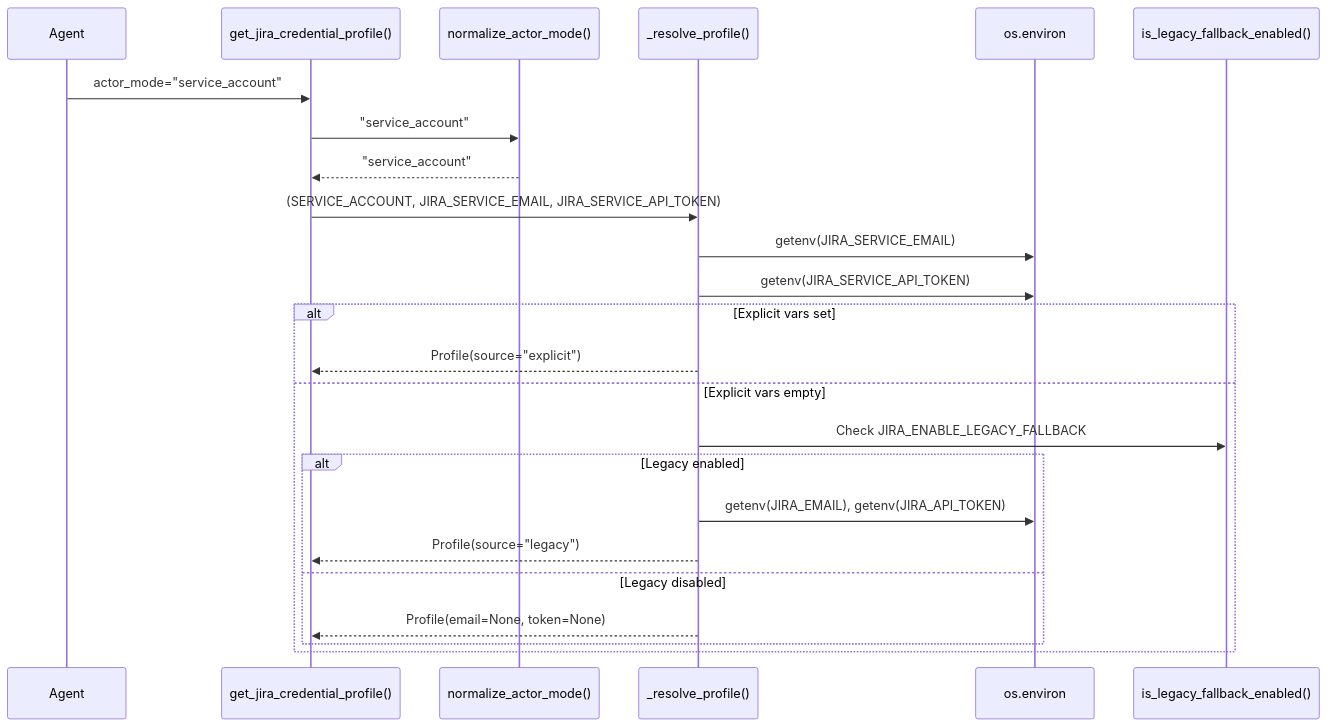
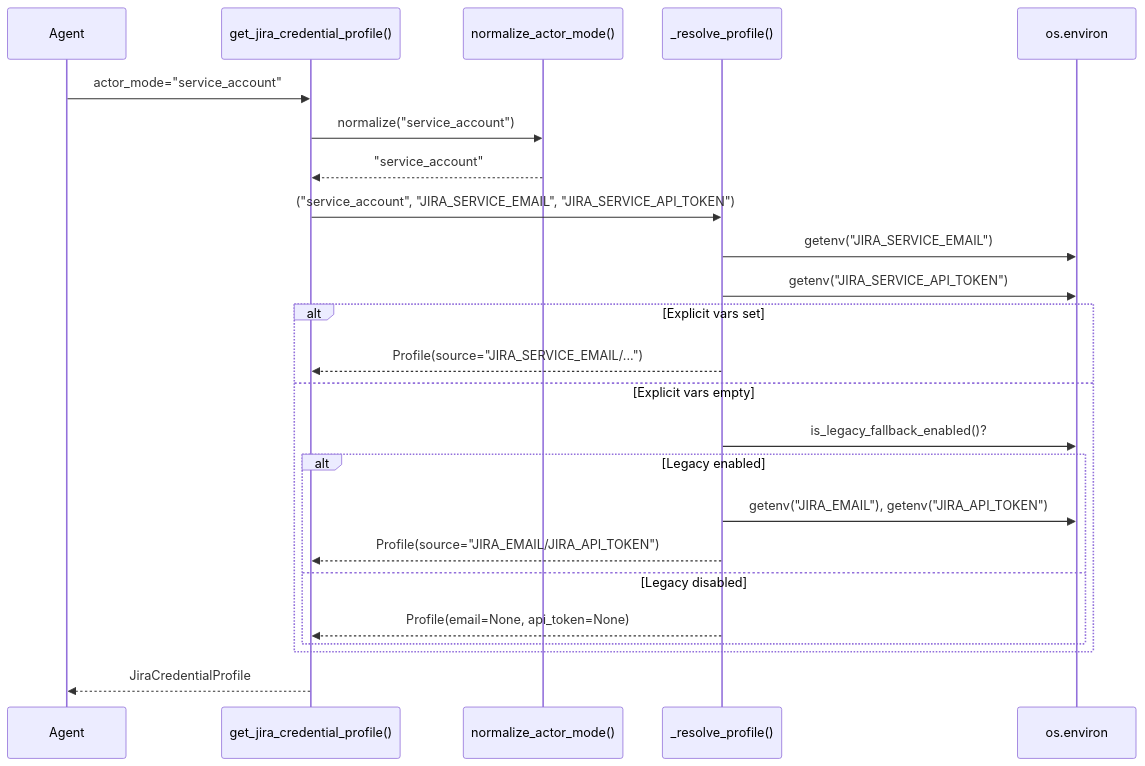
One commit to jmac-cornelis/agent-workforce changed the third of 4 diagrams in docs/config.md. Above: the diagram before and after it, drawn with Mermaid. The commit also changed other lines of this file and 7 other files, not shown here.

````diff
--- a/docs/config.md
+++ b/docs/config.md
@@ -92,27 +97,27 @@
 ```mermaid
 sequenceDiagram
     participant Agent
     participant get_jira_credential_profile as get_jira_credential_profile()
     participant normalize as normalize_actor_mode()
     participant _resolve as _resolve_profile()
     participant env as os.environ
-    participant legacy as is_legacy_fallback_enabled()
 
     Agent->>get_jira_credential_profile: actor_mode="service_account"
-    get_jira_credential_profile->>normalize: "service_account"
+    get_jira_credential_profile->>normalize: normalize("service_account")
     normalize-->>get_jira_credential_profile: "service_account"
-    get_jira_credential_profile->>_resolve: (SERVICE_ACCOUNT, JIRA_SERVICE_EMAIL, JIRA_SERVICE_API_TOKEN)
-    _resolve->>env: getenv(JIRA_SERVICE_EMAIL)
-    _resolve->>env: getenv(JIRA_SERVICE_API_TOKEN)
+    get_jira_credential_profile->>_resolve: ("service_account", "JIRA_SERVICE_EMAIL", "JIRA_SERVICE_API_TOKEN")
+    _resolve->>env: getenv("JIRA_SERVICE_EMAIL")
+    _resolve->>env: getenv("JIRA_SERVICE_API_TOKEN")
     alt Explicit vars set
-        _resolve-->>get_jira_credential_profile: Profile(source="explicit")
+        _resolve-->>get_jira_credential_profile: Profile(source="JIRA_SERVICE_EMAIL/...")
     else Explicit vars empty
-        _resolve->>legacy: Check JIRA_ENABLE_LEGACY_FALLBACK
+        _resolve->>env: is_legacy_fallback_enabled()?
         alt Legacy enabled
-            _resolve->>env: getenv(JIRA_EMAIL), getenv(JIRA_API_TOKEN)
-            _resolve-->>get_jira_credential_profile: Profile(source="legacy")
+            _resolve->>env: getenv("JIRA_EMAIL"), getenv("JIRA_API_TOKEN")
+            _resolve-->>get_jira_credential_profile: Profile(source="JIRA_EMAIL/JIRA_API_TOKEN")
         else Legacy disabled
-            _resolve-->>get_jira_credential_profile: Profile(email=None, token=None)
+            _resolve-->>get_jira_credential_profile: Profile(email=None, api_token=None)
         end
     end
+    get_jira_credential_profile-->>Agent: JiraCredentialProfile
 ```
````
